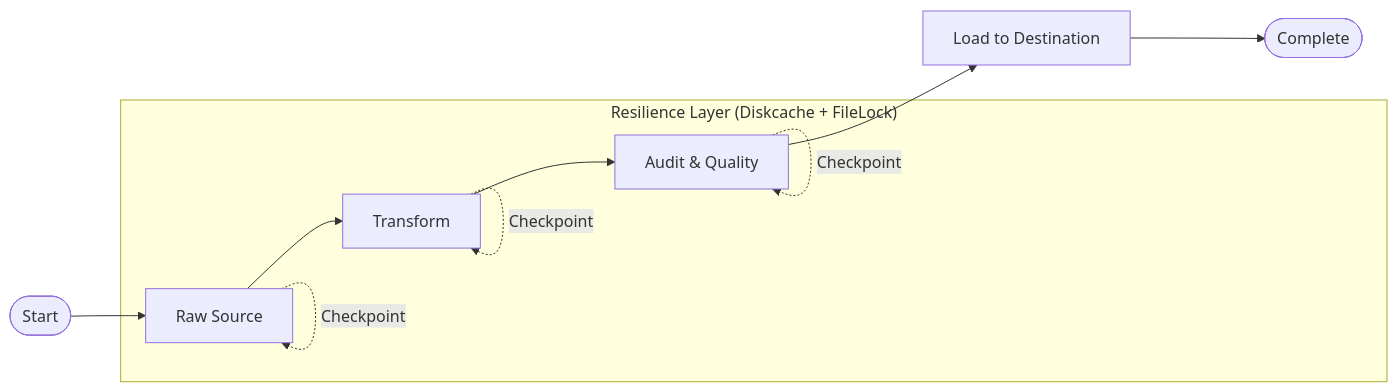
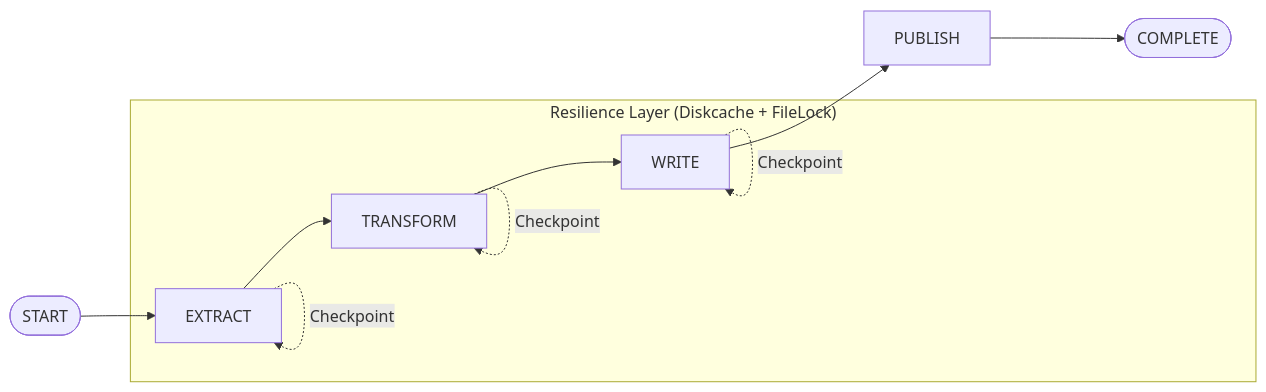
One commit to RaymondOnn/data-ops-toolkit changed the diagram in apps/ingestion/README.md. Above: the diagram before and after it, drawn with Mermaid. The commit also changed other lines of this file and 37 other files, not shown here.

````diff
--- a/apps/ingestion/README.md
+++ b/apps/ingestion/README.md
@@ -31,14 +31,14 @@
 ```mermaid
 graph LR
-    Start([Start]) --> Raw[Raw Source]
-    Raw --> Transform[Transform]
-    Transform --> Audit[Audit & Quality]
-    Audit --> Load[Load to Destination]
-    Load --> Complete([Complete])
+    Start([START]) --> Extract[EXTRACT]
+    Extract --> Transform[TRANSFORM]
+    Transform --> Write[WRITE]
+    Write --> Publish[PUBLISH]
+    Publish --> Complete([COMPLETE])
 
     subgraph "Resilience Layer (Diskcache + FileLock)"
-    Raw -.-> |Checkpoint| Raw
+    Extract -.-> |Checkpoint| Extract
     Transform -.-> |Checkpoint| Transform
-    Audit -.-> |Checkpoint| Audit
+    Write -.-> |Checkpoint| Write
     end
 ```
````
